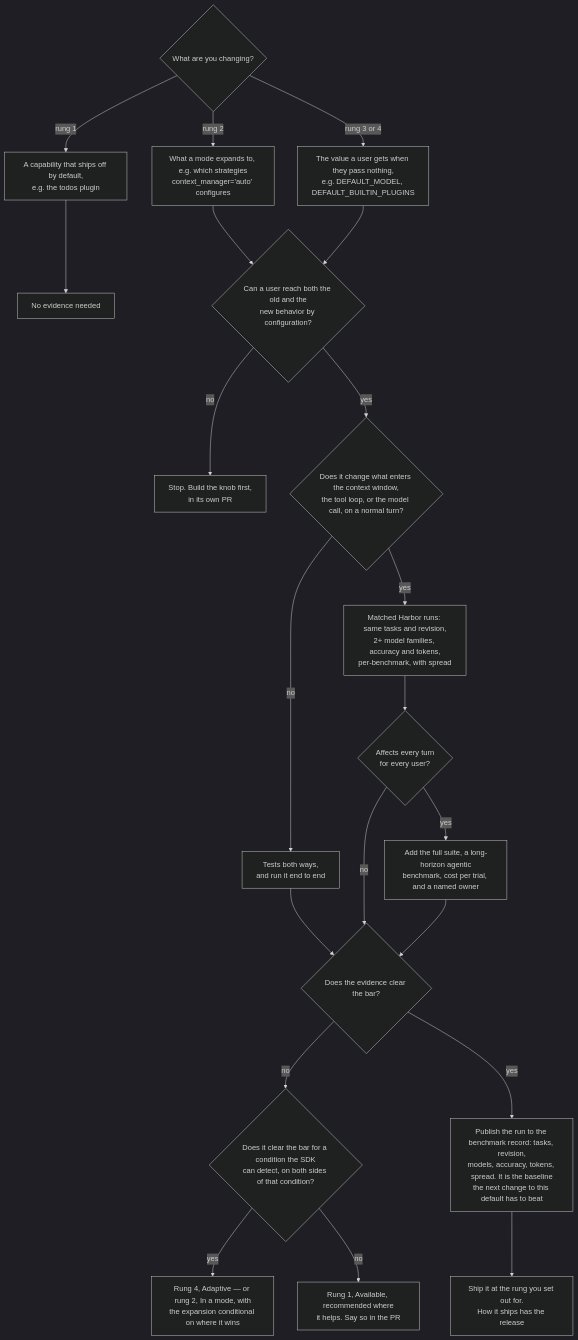
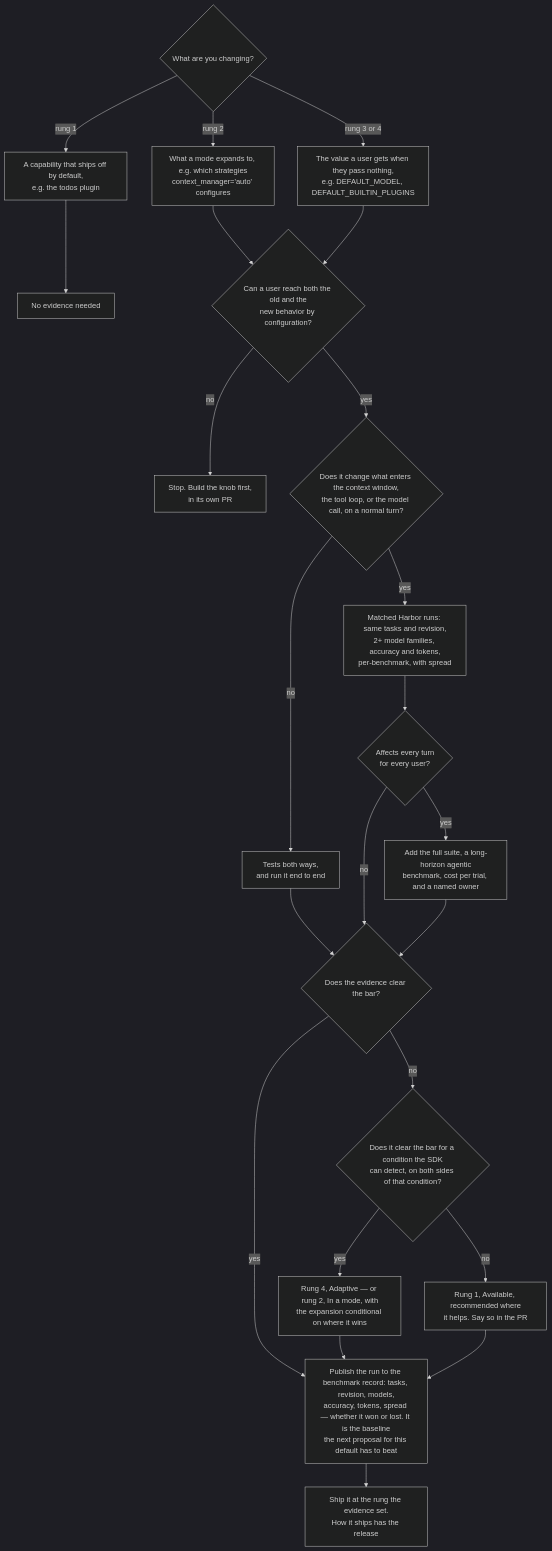
The diagram in team/DEFAULTS.md (strands-agents/harness-sdk), drawn with Mermaid (dark theme) before and after one commit. The commit also changed other lines of this file, not shown here.

Commit message:
docs(team): publish the benchmark run on every measured path, not just the winning one

````diff
--- a/team/DEFAULTS.md
+++ b/team/DEFAULTS.md
@@ -40,30 +40,33 @@
 ```mermaid
 flowchart TD
     A{"What are you changing?"}
     A -->|"rung 1"| A1["A capability that ships off by default,<br/>e.g. the todos plugin"]
     A1 --> A1b["No evidence needed"]
     A -->|"rung 2"| A2["What a mode expands to, e.g. which strategies<br/>context_manager='auto' configures"]
     A -->|"rung 3 or 4"| A3["The value a user gets when they pass nothing,<br/>e.g. DEFAULT_MODEL, DEFAULT_BUILTIN_PLUGINS"]
 
     A2 --> B
     A3 --> B
     B{"Can a user reach both the old and the<br/>new behavior by configuration?"}
     B -->|no| B1["Stop. Build the knob first,<br/>in its own PR"]
 
     B -->|yes| C{"Does it change what enters the context window,<br/>the tool loop, or the model call, on a normal turn?"}
     C -->|no| C1["Tests both ways,<br/>and run it end to end"]
     C -->|yes| C2["Matched Harbor runs: same tasks and revision,<br/>2+ model families, accuracy and tokens,<br/>per-benchmark, with spread"]
     C2 --> C3{"Affects every turn<br/>for every user?"}
     C3 -->|yes| C4["Add the full suite, a long-horizon agentic<br/>benchmark, cost per trial, and a named owner"]
     C1 --> D
     C3 -->|no| D
     C4 --> D
 
     D{"Does the evidence clear the bar?"}
     D -->|no| E{"Does it clear the bar for a condition the SDK<br/>can detect, on both sides of that condition?"}
     E -->|yes| E1["Rung 4, Adaptive — or rung 2, In a mode, with<br/>the expansion conditional on where it wins"]
     E -->|no| E2["Rung 1, Available, recommended where<br/>it helps. Say so in the PR"]
 
-    D -->|yes| F["Publish the run to the benchmark record: tasks, revision,<br/>models, accuracy, tokens, spread. It is the baseline<br/>the next change to this default has to beat"]
-    F --> G["Ship it at the rung you set out for.<br/>How it ships has the release"]
+    D -->|yes| F
+    E1 --> F
+    E2 --> F
+    F["Publish the run to the benchmark record: tasks, revision, models,<br/>accuracy, tokens, spread — whether it won or lost. It is the baseline<br/>the next proposal for this default has to beat"]
+    F --> G["Ship it at the rung the evidence set.<br/>How it ships has the release"]
 ```
````
